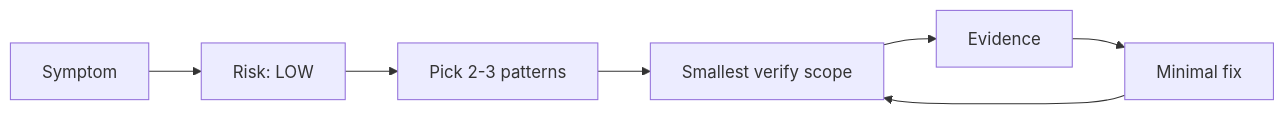
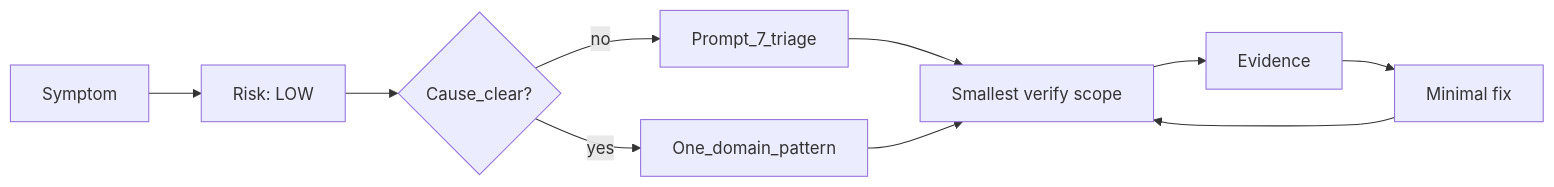
Before and after one commit to rhemzal/AI_governance: the first of 2 diagrams in usage/DEBUGGING_ACCELERATION_PLAYBOOK.md, drawn with Mermaid. The commit also changed other lines of this file and 6 other files, not shown here.

````diff
--- a/usage/DEBUGGING_ACCELERATION_PLAYBOOK.md
+++ b/usage/DEBUGGING_ACCELERATION_PLAYBOOK.md
@@ -46,9 +46,12 @@
 ```mermaid
 flowchart LR
   S[Symptom] --> R[Risk: LOW]
-  R --> P[Pick 2-3 patterns]
-  P --> V[Smallest verify scope]
+  R --> C{Cause_clear?}
+  C -->|no| T[Prompt_7_triage]
+  C -->|yes| D[One_domain_pattern]
+  T --> V[Smallest verify scope]
+  D --> V
   V --> E[Evidence]
   E --> F[Minimal fix]
   F --> V
 ```
````
